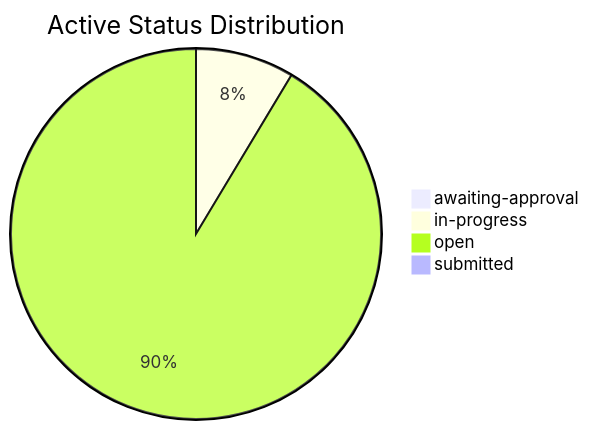
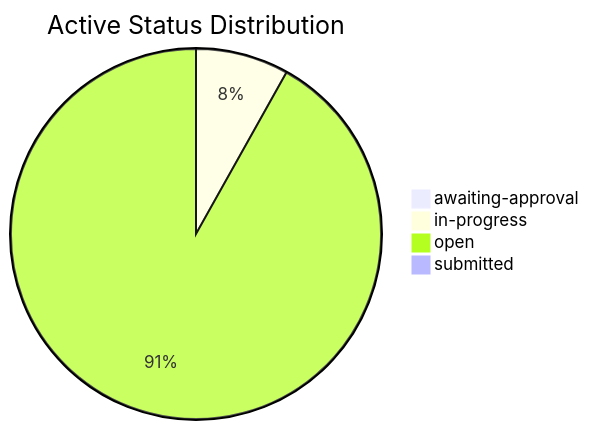
Before and after one commit to mgosal/5et.uk: the second of 3 diagrams in dashboard.md, drawn with Mermaid. The commit also changed other lines of this file and 3 other files, not shown here.

````diff
--- a/dashboard.md
+++ b/dashboard.md
@@ -308,7 +331,7 @@
 ```mermaid
 pie title Active Status Distribution
     "awaiting-approval" : 1
     "in-progress" : 13
-    "open" : 138
+    "open" : 147
     "submitted" : 1
 ```
````
